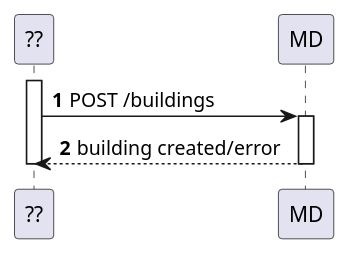
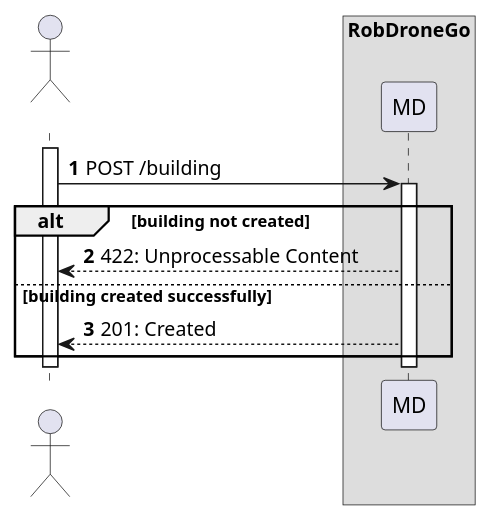
One commit to Departamento-de-Engenharia-Informatica/lapr5-23-24-g19 changed the diagram in docs/us150/level2/process-view.puml. Above: the diagram before and after it, drawn with PlantUML. The commit also changed 10 other files, not shown here.

Commit message:
docs(us150): updated lvl1,lvl2,lvl 3 process views and created lvl3 class diagram

```diff
--- a/docs/us150/level2/process-view.puml
+++ b/docs/us150/level2/process-view.puml
@@ -1,15 +1,22 @@
 @startuml
 autonumber
 
-participant "??" as ui
+actor " " as actor
+box "RobDroneGo"
 participant "MD" as mdr
 
+activate actor
 
-activate ui
-    ui -> mdr: POST /buildings
+    actor -> mdr: POST /building
+
     activate mdr
-        mdr --> ui: building created/error
+    alt building not created
+        mdr --> actor : 422: Unprocessable Content
+    else building created successfully
+        mdr --> actor : 201: Created
+    end
     deactivate mdr
-deactivate ui
+
+deactivate actor
 
 @enduml
```
